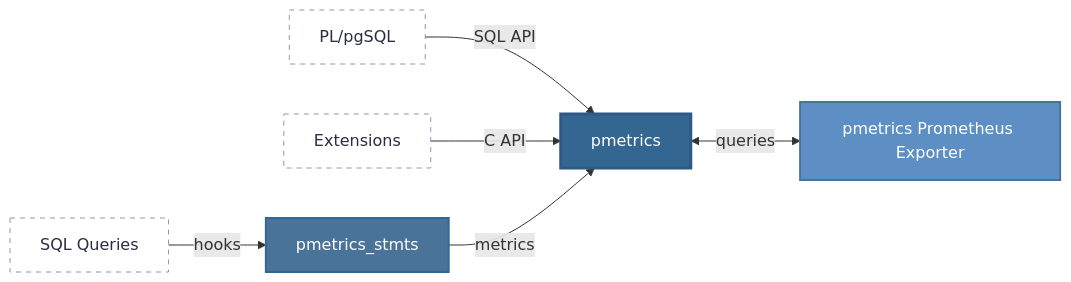
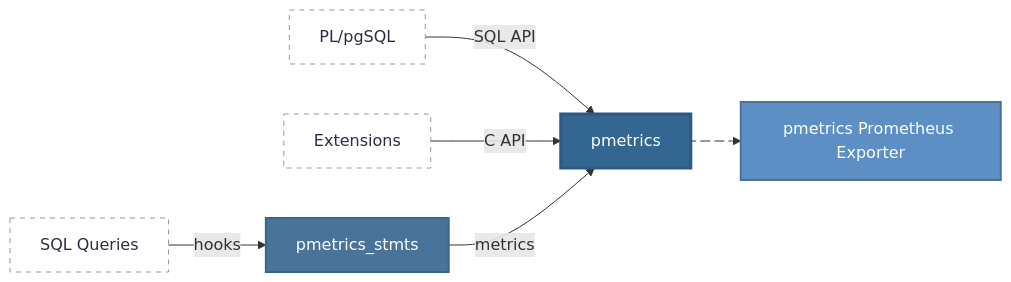
Before and after one commit to v0idpwn-industries/pmetrics: the diagram in README.md, drawn with Mermaid.

Commit message:
add animation

````diff
--- a/README.md
+++ b/README.md
@@ -5,25 +5,26 @@
 ```mermaid
 flowchart LR
     Q[SQL Queries]
     P[PL/pgSQL]
     E[Extensions]
 
     S[pmetrics_stmts]
     C[pmetrics]
 
     X[pmetrics Prometheus Exporter]
 
     Q -->|hooks| S
     P -->|SQL API| C
     E -->|C API| C
     S -->|metrics| C
 
-    C <-->|queries| X
+    C e1@--> X
+    e1@{ animation: fast }
 
     style C fill:#336791,stroke:#2c5985,stroke-width:3px,color:#fff
     style S fill:#4a7399,stroke:#336791,stroke-width:2px,color:#fff
     style X fill:#5d8fc4,stroke:#4a7399,stroke-width:2px,color:#fff
     style Q fill:none,stroke:#8d99ae,stroke-width:1px,color:#2b2d42,stroke-dasharray: 5 5
     style P fill:none,stroke:#8d99ae,stroke-width:1px,color:#2b2d42,stroke-dasharray: 5 5
     style E fill:none,stroke:#8d99ae,stroke-width:1px,color:#2b2d42,stroke-dasharray: 5 5
 ```
````
